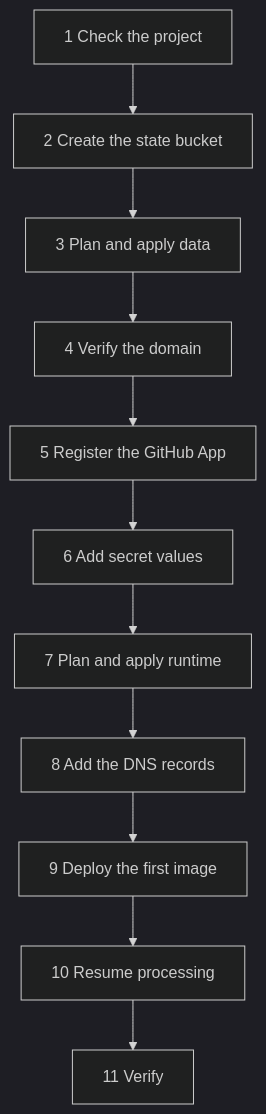
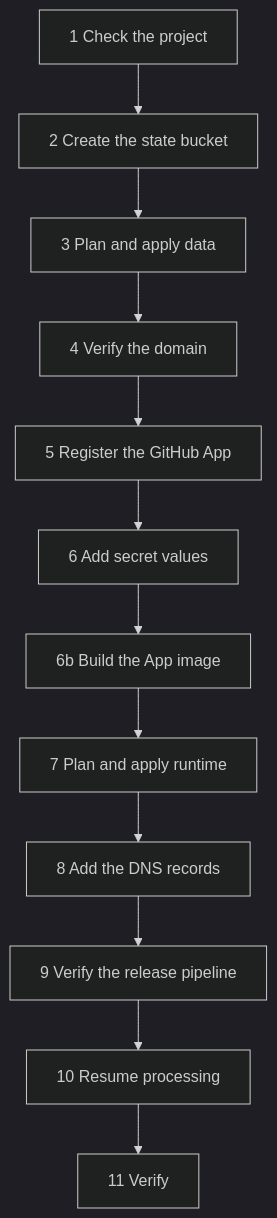
One commit to coupling-dev/archfit-app changed the second of 2 diagrams in infra/README.md. Above: the diagram before and after it, drawn with Mermaid (dark theme). The commit also changed other lines of this file and 22 other files, not shown here.

````diff
--- a/infra/README.md
+++ b/infra/README.md
@@ -148,13 +153,14 @@
 ```mermaid
 flowchart TD
     A["1 Check the project"] --> B["2 Create the state bucket"]
     B --> C["3 Plan and apply data"]
     C --> D["4 Verify the domain"]
     D --> E["5 Register the GitHub App"]
     E --> F["6 Add secret values"]
-    F --> G["7 Plan and apply runtime"]
+    F --> IMG["6b Build the App image"]
+    IMG --> G["7 Plan and apply runtime"]
     G --> H["8 Add the DNS records"]
-    H --> I["9 Deploy the first image"]
+    H --> I["9 Verify the release pipeline"]
     I --> J["10 Resume processing"]
     J --> K["11 Verify"]
 ```
````
